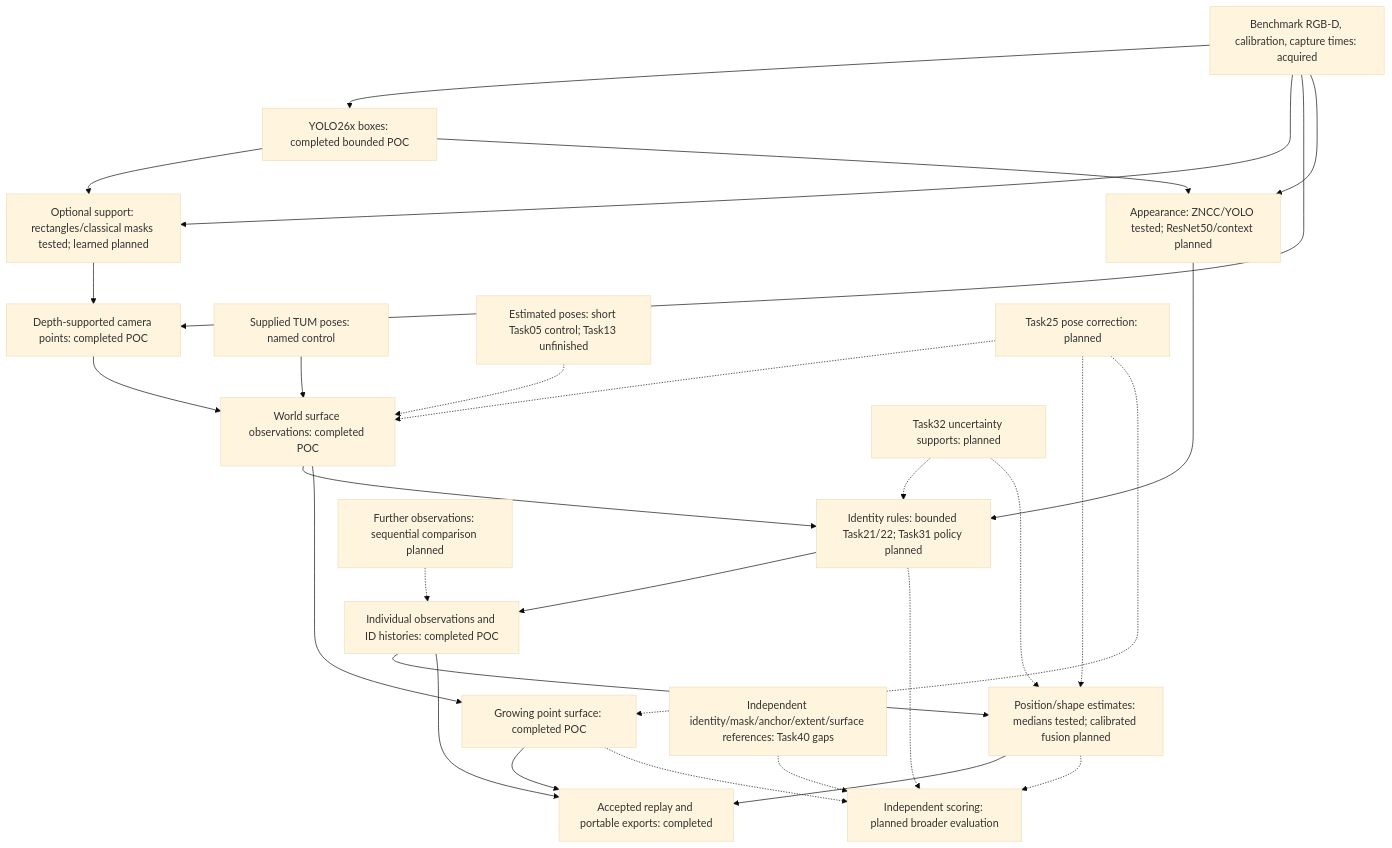
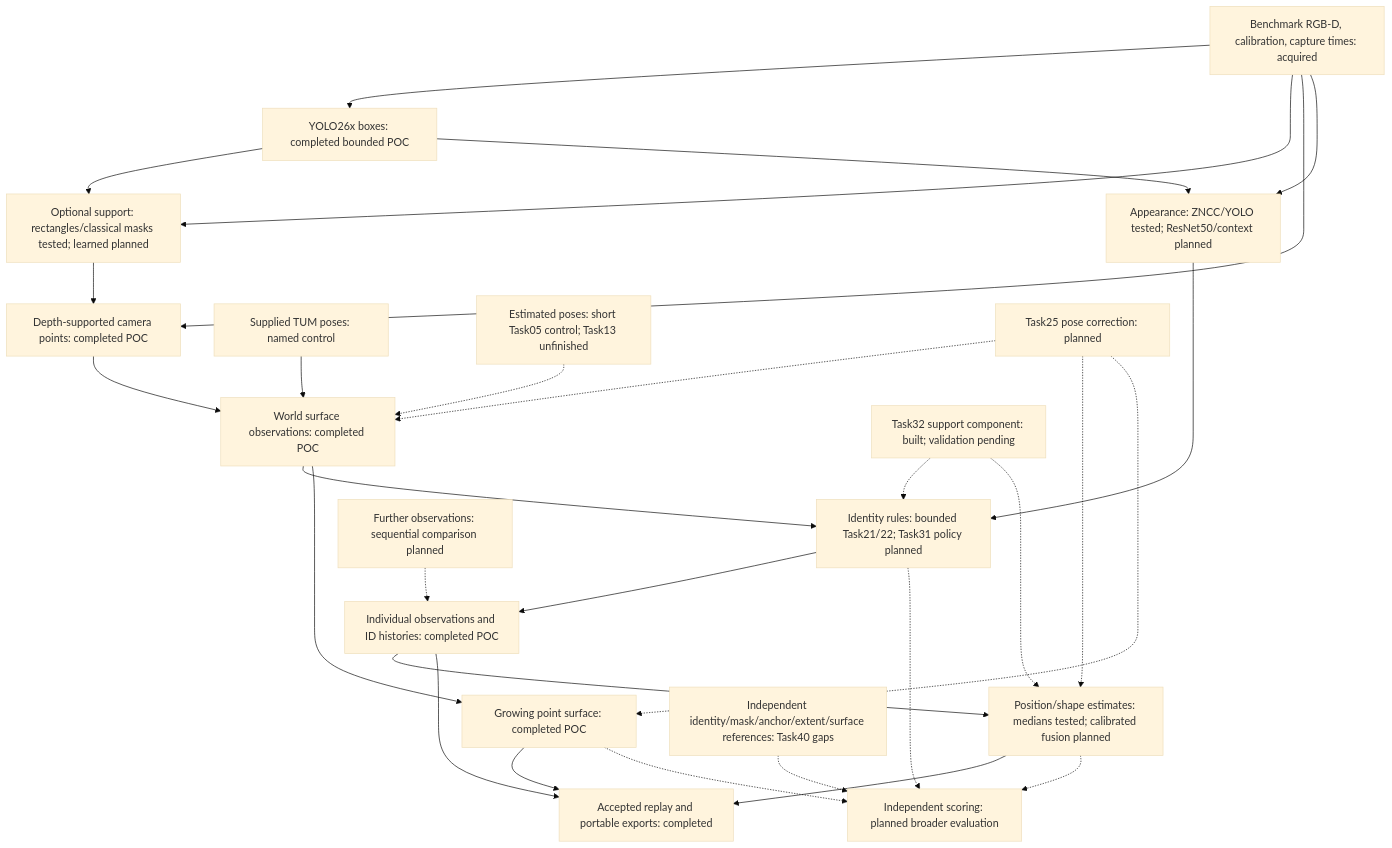
The diagram in experiments/06_object_recognition/README.md (jkind9/FYLD_research), drawn with Mermaid (base theme) before and after one commit. The commit also changed other lines of this file and 5 other files, not shown here.

````diff
--- a/experiments/06_object_recognition/README.md
+++ b/experiments/06_object_recognition/README.md
@@ -134,31 +134,31 @@
 ```mermaid
 flowchart TD
     I["Benchmark RGB-D, calibration, capture times: acquired"] --> D["YOLO26x boxes: completed bounded POC"]
     D --> M["Optional support: rectangles/classical masks tested; learned planned"]
     I --> M
     M --> G["Depth-supported camera points: completed POC"]
     I --> G
     P["Supplied TUM poses: named control"] --> W["World surface observations: completed POC"]
     G --> W
     D --> A["Appearance: ZNCC/YOLO tested; ResNet50/context planned"]
     I --> A
     A --> ID["Identity rules: bounded Task21/22; Task31 policy planned"]
     W --> ID
     ID --> H["Individual observations and ID histories: completed POC"]
     H --> F["Position/shape estimates: medians tested; calibrated fusion planned"]
     W --> S["Growing point surface: completed POC"]
     H --> V["Accepted replay and portable exports: completed"]
     S --> V
     F --> V
     T["Further observations: sequential comparison planned"] -.-> H
     C["Estimated poses: short Task05 control; Task13 unfinished"] -.-> W
     Q["Task25 pose correction: planned"] -.-> W
     Q -.-> F
     Q -.-> S
-    U["Task32 uncertainty supports: planned"] -.-> ID
+    U["Task32 support component: built; validation pending"] -.-> ID
     U -.-> F
     R["Independent identity/mask/anchor/extent/surface references: Task40 gaps"] -.-> E["Independent scoring: planned broader evaluation"]
     ID -.-> E
     F -.-> E
     S -.-> E
 ```
````
